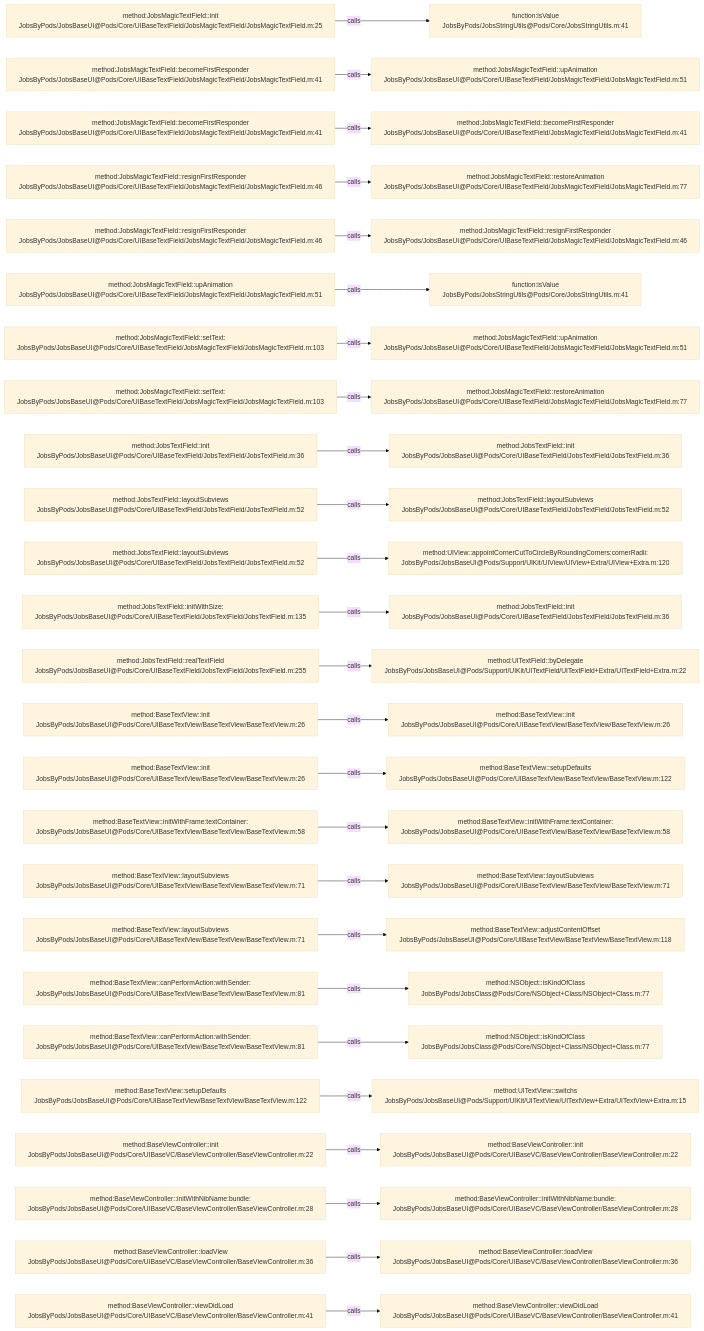
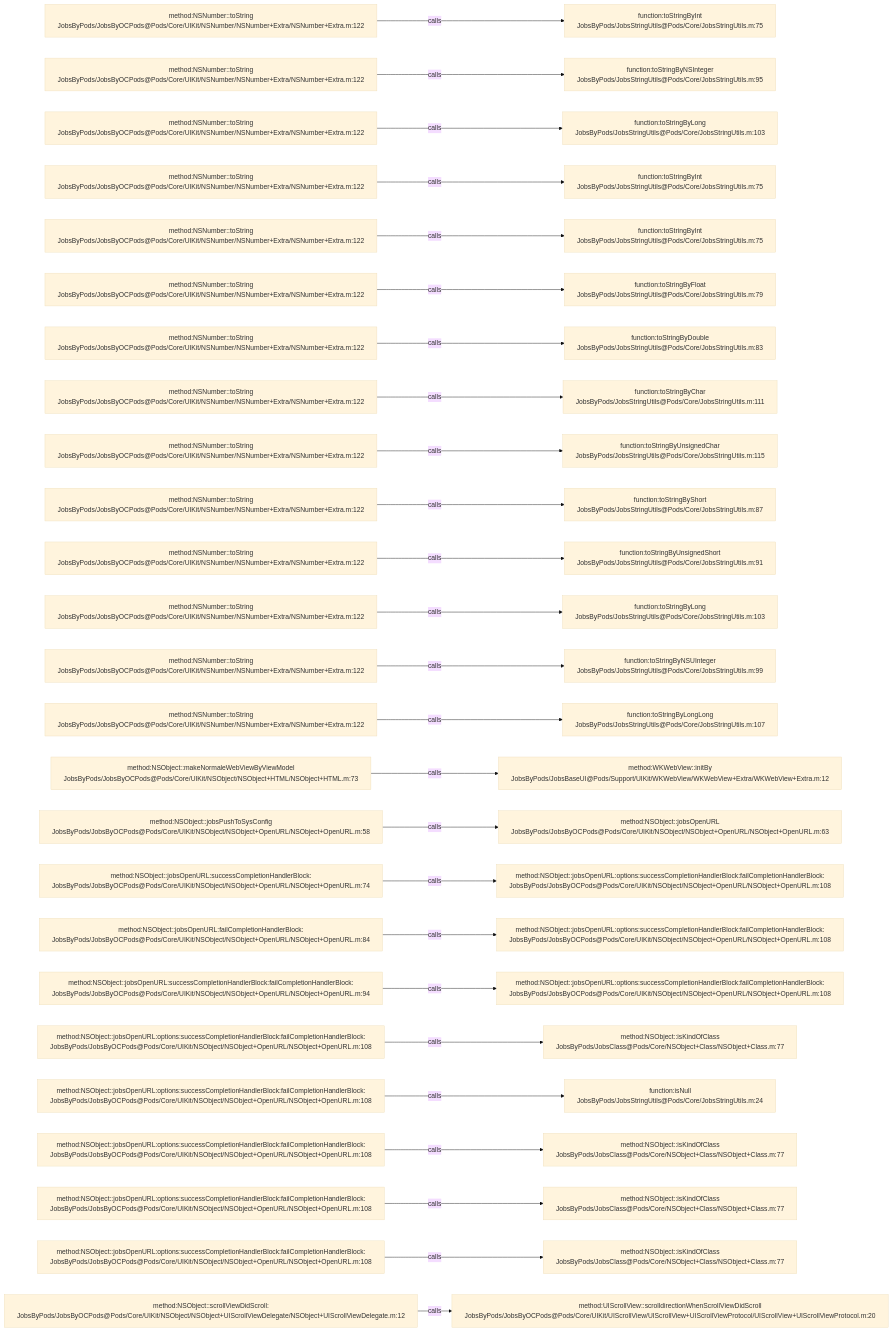
The diagram in .codegraph/codegraph.md/graphs/calls-031.md (JobsKits/JobsOCBaseConfigDemo), drawn with Mermaid (base theme) before and after one commit. The commit also changed 573 other files, not shown here.

````diff
--- a/.codegraph/codegraph.md/graphs/calls-031.md
+++ b/.codegraph/codegraph.md/graphs/calls-031.md
@@ -13,78 +13,78 @@
 ```mermaid
 flowchart LR
-  S1["method:JobsMagicTextField::init<br/>JobsByPods/JobsBaseUI@Pods/Core/UIBaseTextField/JobsMagicTextField/JobsMagicTextField.m:25"]
-  T1["function:isValue<br/>JobsByPods/JobsStringUtils@Pods/Core/JobsStringUtils.m:41"]
+  S1["method:NSNumber::toString<br/>JobsByPods/JobsByOCPods@Pods/Core/UIKit/NSNumber/NSNumber+Extra/NSNumber+Extra.m:122"]
+  T1["function:toStringByInt<br/>JobsByPods/JobsStringUtils@Pods/Core/JobsStringUtils.m:75"]
   S1 -->|calls| T1
-  S2["method:JobsMagicTextField::becomeFirstResponder<br/>JobsByPods/JobsBaseUI@Pods/Core/UIBaseTextField/JobsMagicTextField/JobsMagicTextField.m:41"]
-  T2["method:JobsMagicTextField::upAnimation<br/>JobsByPods/JobsBaseUI@Pods/Core/UIBaseTextField/JobsMagicTextField/JobsMagicTextField.m:51"]
+  S2["method:NSNumber::toString<br/>JobsByPods/JobsByOCPods@Pods/Core/UIKit/NSNumber/NSNumber+Extra/NSNumber+Extra.m:122"]
+  T2["function:toStringByNSInteger<br/>JobsByPods/JobsStringUtils@Pods/Core/JobsStringUtils.m:95"]
   S2 -->|calls| T2
-  S3["method:JobsMagicTextField::becomeFirstResponder<br/>JobsByPods/JobsBaseUI@Pods/Core/UIBaseTextField/JobsMagicTextField/JobsMagicTextField.m:41"]
-  T3["method:JobsMagicTextField::becomeFirstResponder<br/>JobsByPods/JobsBaseUI@Pods/Core/UIBaseTextField/JobsMagicTextField/JobsMagicTextField.m:41"]
+  S3["method:NSNumber::toString<br/>JobsByPods/JobsByOCPods@Pods/Core/UIKit/NSNumber/NSNumber+Extra/NSNumber+Extra.m:122"]
+  T3["function:toStringByLong<br/>JobsByPods/JobsStringUtils@Pods/Core/JobsStringUtils.m:103"]
   S3 -->|calls| T3
-  S4["method:JobsMagicTextField::resignFirstResponder<br/>JobsByPods/JobsBaseUI@Pods/Core/UIBaseTextField/JobsMagicTextField/JobsMagicTextField.m:46"]
-  T4["method:JobsMagicTextField::restoreAnimation<br/>JobsByPods/JobsBaseUI@Pods/Core/UIBaseTextField/JobsMagicTextField/JobsMagicTextField.m:77"]
+  S4["method:NSNumber::toString<br/>JobsByPods/JobsByOCPods@Pods/Core/UIKit/NSNumber/NSNumber+Extra/NSNumber+Extra.m:122"]
+  T4["function:toStringByInt<br/>JobsByPods/JobsStringUtils@Pods/Core/JobsStringUtils.m:75"]
   S4 -->|calls| T4
-  S5["method:JobsMagicTextField::resignFirstResponder<br/>JobsByPods/JobsBaseUI@Pods/Core/UIBaseTextField/JobsMagicTextField/JobsMagicTextField.m:46"]
-  T5["method:JobsMagicTextField::resignFirstResponder<br/>JobsByPods/JobsBaseUI@Pods/Core/UIBaseTextField/JobsMagicTextField/JobsMagicTextField.m:46"]
+  S5["method:NSNumber::toString<br/>JobsByPods/JobsByOCPods@Pods/Core/UIKit/NSNumber/NSNumber+Extra/NSNumber+Extra.m:122"]
+  T5["function:toStringByInt<br/>JobsByPods/JobsStringUtils@Pods/Core/JobsStringUtils.m:75"]
   S5 -->|calls| T5
-  S6["method:JobsMagicTextField::upAnimation<br/>JobsByPods/JobsBaseUI@Pods/Core/UIBaseTextField/JobsMagicTextField/JobsMagicTextField.m:51"]
-  T6["function:isValue<br/>JobsByPods/JobsStringUtils@Pods/Core/JobsStringUtils.m:41"]
+  S6["method:NSNumber::toString<br/>JobsByPods/JobsByOCPods@Pods/Core/UIKit/NSNumber/NSNumber+Extra/NSNumber+Extra.m:122"]
+  T6["function:toStringByFloat<br/>JobsByPods/JobsStringUtils@Pods/Core/JobsStringUtils.m:79"]
   S6 -->|calls| T6
-  S7["method:JobsMagicTextField::setText:<br/>JobsByPods/JobsBaseUI@Pods/Core/UIBaseTextField/JobsMagicTextField/JobsMagicTextField.m:103"]
-  T7["method:JobsMagicTextField::upAnimation<br/>JobsByPods/JobsBaseUI@Pods/Core/UIBaseTextField/JobsMagicTextField/JobsMagicTextField.m:51"]
+  S7["method:NSNumber::toString<br/>JobsByPods/JobsByOCPods@Pods/Core/UIKit/NSNumber/NSNumber+Extra/NSNumber+Extra.m:122"]
+  T7["function:toStringByDouble<br/>JobsByPods/JobsStringUtils@Pods/Core/JobsStringUtils.m:83"]
   S7 -->|calls| T7
-  S8["method:JobsMagicTextField::setText:<br/>JobsByPods/JobsBaseUI@Pods/Core/UIBaseTextField/JobsMagicTextField/JobsMagicTextField.m:103"]
-  T8["method:JobsMagicTextField::restoreAnimation<br/>JobsByPods/JobsBaseUI@Pods/Core/UIBaseTextField/JobsMagicTextField/JobsMagicTextField.m:77"]
+  S8["method:NSNumber::toString<br/>JobsByPods/JobsByOCPods@Pods/Core/UIKit/NSNumber/NSNumber+Extra/NSNumber+Extra.m:122"]
+  T8["function:toStringByChar<br/>JobsByPods/JobsStringUtils@Pods/Core/JobsStringUtils.m:111"]
   S8 -->|calls| T8
-  S9["method:JobsTextField::init<br/>JobsByPods/JobsBaseUI@Pods/Core/UIBaseTextField/JobsTextField/JobsTextField.m:36"]
-  T9["method:JobsTextField::init<br/>JobsByPods/JobsBaseUI@Pods/Core/UIBaseTextField/JobsTextField/JobsTextField.m:36"]
+  S9["method:NSNumber::toString<br/>JobsByPods/JobsByOCPods@Pods/Core/UIKit/NSNumber/NSNumber+Extra/NSNumber+Extra.m:122"]
+  T9["function:toStringByUnsignedChar<br/>JobsByPods/JobsStringUtils@Pods/Core/JobsStringUtils.m:115"]
   S9 -->|calls| T9
-  S10["method:JobsTextField::layoutSubviews<br/>JobsByPods/JobsBaseUI@Pods/Core/UIBaseTextField/JobsTextField/JobsTextField.m:52"]
-  T10["method:JobsTextField::layoutSubviews<br/>JobsByPods/JobsBaseUI@Pods/Core/UIBaseTextField/JobsTextField/JobsTextField.m:52"]
+  S10["method:NSNumber::toString<br/>JobsByPods/JobsByOCPods@Pods/Core/UIKit/NSNumber/NSNumber+Extra/NSNumber+Extra.m:122"]
+  T10["function:toStringByShort<br/>JobsByPods/JobsStringUtils@Pods/Core/JobsStringUtils.m:87"]
   S10 -->|calls| T10
-  S11["method:JobsTextField::layoutSubviews<br/>JobsByPods/JobsBaseUI@Pods/Core/UIBaseTextField/JobsTextField/JobsTextField.m:52"]
-  T11["method:UIView::appointCornerCutToCircleByRoundingCorners:cornerRadii:<br/>JobsByPods/JobsBaseUI@Pods/Support/UIKit/UIView/UIView+Extra/UIView+Extra.m:120"]
+  S11["method:NSNumber::toString<br/>JobsByPods/JobsByOCPods@Pods/Core/UIKit/NSNumber/NSNumber+Extra/NSNumber+Extra.m:122"]
+  T11["function:toStringByUnsignedShort<br/>JobsByPods/JobsStringUtils@Pods/Core/JobsStringUtils.m:91"]
   S11 -->|calls| T11
-  S12["method:JobsTextField::initWithSize:<br/>JobsByPods/JobsBaseUI@Pods/Core/UIBaseTextField/JobsTextField/JobsTextField.m:135"]
-  T12["method:JobsTextField::init<br/>JobsByPods/JobsBaseUI@Pods/Core/UIBaseTextField/JobsTextField/JobsTextField.m:36"]
+  S12["method:NSNumber::toString<br/>JobsByPods/JobsByOCPods@Pods/Core/UIKit/NSNumber/NSNumber+Extra/NSNumber+Extra.m:122"]
+  T12["function:toStringByLong<br/>JobsByPods/JobsStringUtils@Pods/Core/JobsStringUtils.m:103"]
   S12 -->|calls| T12
-  S13["method:JobsTextField::realTextField<br/>JobsByPods/JobsBaseUI@Pods/Core/UIBaseTextField/JobsTextField/JobsTextField.m:255"]
-  T13["method:UITextField::byDelegate<br/>JobsByPods/JobsBaseUI@Pods/Support/UIKit/UITextField/UITextField+Extra/UITextField+Extra.m:22"]
+  S13["method:NSNumber::toString<br/>JobsByPods/JobsByOCPods@Pods/Core/UIKit/NSNumber/NSNumber+Extra/NSNumber+Extra.m:122"]
+  T13["function:toStringByNSUInteger<br/>JobsByPods/JobsStringUtils@Pods/Core/JobsStringUtils.m:99"]
   S13 -->|calls| T13
-  S14["method:BaseTextView::init<br/>JobsByPods/JobsBaseUI@Pods/Core/UIBaseTextView/BaseTextView/BaseTextView.m:26"]
-  T14["method:BaseTextView::init<br/>JobsByPods/JobsBaseUI@Pods/Core/UIBaseTextView/BaseTextView/BaseTextView.m:26"]
+  S14["method:NSNumber::toString<br/>JobsByPods/JobsByOCPods@Pods/Core/UIKit/NSNumber/NSNumber+Extra/NSNumber+Extra.m:122"]
+  T14["function:toStringByLongLong<br/>JobsByPods/JobsStringUtils@Pods/Core/JobsStringUtils.m:107"]
   S14 -->|calls| T14
-  S15["method:BaseTextView::init<br/>JobsByPods/JobsBaseUI@Pods/Core/UIBaseTextView/BaseTextView/BaseTextView.m:26"]
-  T15["method:BaseTextView::setupDefaults<br/>JobsByPods/JobsBaseUI@Pods/Core/UIBaseTextView/BaseTextView/BaseTextView.m:122"]
+  S15["method:NSObject::makeNormaleWebViewByViewModel<br/>JobsByPods/JobsByOCPods@Pods/Core/UIKit/NSObject/NSObject+HTML/NSObject+HTML.m:73"]
+  T15["method:WKWebView::initBy<br/>JobsByPods/JobsBaseUI@Pods/Support/UIKit/WKWebView/WKWebView+Extra/WKWebView+Extra.m:12"]
   S15 -->|calls| T15
-  S16["method:BaseTextView::initWithFrame:textContainer:<br/>JobsByPods/JobsBaseUI@Pods/Core/UIBaseTextView/BaseTextView/BaseTextView.m:58"]
-  T16["method:BaseTextView::initWithFrame:textContainer:<br/>JobsByPods/JobsBaseUI@Pods/Core/UIBaseTextView/BaseTextView/BaseTextView.m:58"]
+  S16["method:NSObject::jobsPushToSysConfig<br/>JobsByPods/JobsByOCPods@Pods/Core/UIKit/NSObject/NSObject+OpenURL/NSObject+OpenURL.m:58"]
+  T16["method:NSObject::jobsOpenURL<br/>JobsByPods/JobsByOCPods@Pods/Core/UIKit/NSObject/NSObject+OpenURL/NSObject+OpenURL.m:63"]
   S16 -->|calls| T16
-  S17["method:BaseTextView::layoutSubviews<br/>JobsByPods/JobsBaseUI@Pods/Core/UIBaseTextView/BaseTextView/BaseTextView.m:71"]
-  T17["method:BaseTextView::layoutSubviews<br/>JobsByPods/JobsBaseUI@Pods/Core/UIBaseTextView/BaseTextView/BaseTextView.m:71"]
+  S17["method:NSObject::jobsOpenURL:successCompletionHandlerBlock:<br/>JobsByPods/JobsByOCPods@Pods/Core/UIKit/NSObject/NSObject+OpenURL/NSObject+OpenURL.m:74"]
+  T17["method:NSObject::jobsOpenURL:options:successCompletionHandlerBlock:failCompletionHandlerBlock:<br/>JobsByPods/JobsByOCPods@Pods/Core/UIKit/NSObject/NSObject+OpenURL/NSObject+OpenURL.m:108"]
   S17 -->|calls| T17
-  S18["method:BaseTextView::layoutSubviews<br/>JobsByPods/JobsBaseUI@Pods/Core/UIBaseTextView/BaseTextView/BaseTextView.m:71"]
-  T18["method:BaseTextView::adjustContentOffset<br/>JobsByPods/JobsBaseUI@Pods/Core/UIBaseTextView/BaseTextView/BaseTextView.m:118"]
+  S18["method:NSObject::jobsOpenURL:failCompletionHandlerBlock:<br/>JobsByPods/JobsByOCPods@Pods/Core/UIKit/NSObject/NSObject+OpenURL/NSObject+OpenURL.m:84"]
+  T18["method:NSObject::jobsOpenURL:options:successCompletionHandlerBlock:failCompletionHandlerBlock:<br/>JobsByPods/JobsByOCPods@Pods/Core/UIKit/NSObject/NSObject+OpenURL/NSObject+OpenURL.m:108"]
   S18 -->|calls| T18
-  S19["method:BaseTextView::canPerformAction:withSender:<br/>JobsByPods/JobsBaseUI@Pods/Core/UIBaseTextView/BaseTextView/BaseTextView.m:81"]
-  T19["method:NSObject::isKindOfClass<br/>JobsByPods/JobsClass@Pods/Core/NSObject+Class/NSObject+Class.m:77"]
+  S19["method:NSObject::jobsOpenURL:successCompletionHandlerBlock:failCompletionHandlerBlock:<br/>JobsByPods/JobsByOCPods@Pods/Core/UIKit/NSObject/NSObject+OpenURL/NSObject+OpenURL.m:94"]
+  T19["method:NSObject::jobsOpenURL:options:successCompletionHandlerBlock:failCompletionHandlerBlock:<br/>JobsByPods/JobsByOCPods@Pods/Core/UIKit/NSObject/NSObject+OpenURL/NSObject+OpenURL.m:108"]
   S19 -->|calls| T19
-  S20["method:BaseTextView::canPerformAction:withSender:<br/>JobsByPods/JobsBaseUI@Pods/Core/UIBaseTextView/BaseTextView/BaseTextView.m:81"]
+  S20["method:NSObject::jobsOpenURL:options:successCompletionHandlerBlock:failCompletionHandlerBlock:<br/>JobsByPods/JobsByOCPods@Pods/Core/UIKit/NSObject/NSObject+OpenURL/NSObject+OpenURL.m:108"]
   T20["method:NSObject::isKindOfClass<br/>JobsByPods/JobsClass@Pods/Core/NSObject+Class/NSObject+Class.m:77"]
   S20 -->|calls| T20
-  S21["method:BaseTextView::setupDefaults<br/>JobsByPods/JobsBaseUI@Pods/Core/UIBaseTextView/BaseTextView/BaseTextView.m:122"]
-  T21["method:UITextView::switchs<br/>JobsByPods/JobsBaseUI@Pods/Support/UIKit/UITextView/UITextView+Extra/UITextView+Extra.m:15"]
+  S21["method:NSObject::jobsOpenURL:options:successCompletionHandlerBlock:failCompletionHandlerBlock:<br/>JobsByPods/JobsByOCPods@Pods/Core/UIKit/NSObject/NSObject+OpenURL/NSObject+OpenURL.m:108"]
+  T21["function:isNull<br/>JobsByPods/JobsStringUtils@Pods/Core/JobsStringUtils.m:24"]
   S21 -->|calls| T21
-  S22["method:BaseViewController::init<br/>JobsByPods/JobsBaseUI@Pods/Core/UIBaseVC/BaseViewController/BaseViewController.m:22"]
-  T22["method:BaseViewController::init<br/>JobsByPods/JobsBaseUI@Pods/Core/UIBaseVC/BaseViewController/BaseViewController.m:22"]
+  S22["method:NSObject::jobsOpenURL:options:successCompletionHandlerBlock:failCompletionHandlerBlock:<br/>JobsByPods/JobsByOCPods@Pods/Core/UIKit/NSObject/NSObject+OpenURL/NSObject+OpenURL.m:108"]
+  T22["method:NSObject::isKindOfClass<br/>JobsByPods/JobsClass@Pods/Core/NSObject+Class/NSObject+Class.m:77"]
   S22 -->|calls| T22
-  S23["method:BaseViewController::initWithNibName:bundle:<br/>JobsByPods/JobsBaseUI@Pods/Core/UIBaseVC/BaseViewController/BaseViewController.m:28"]
-  T23["method:BaseViewController::initWithNibName:bundle:<br/>JobsByPods/JobsBaseUI@Pods/Core/UIBaseVC/BaseViewController/BaseViewController.m:28"]
+  S23["method:NSObject::jobsOpenURL:options:successCompletionHandlerBlock:failCompletionHandlerBlock:<br/>JobsByPods/JobsByOCPods@Pods/Core/UIKit/NSObject/NSObject+OpenURL/NSObject+OpenURL.m:108"]
+  T23["method:NSObject::isKindOfClass<br/>JobsByPods/JobsClass@Pods/Core/NSObject+Class/NSObject+Class.m:77"]
   S23 -->|calls| T23
-  S24["method:BaseViewController::loadView<br/>JobsByPods/JobsBaseUI@Pods/Core/UIBaseVC/BaseViewController/BaseViewController.m:36"]
-  T24["method:BaseViewController::loadView<br/>JobsByPods/JobsBaseUI@Pods/Core/UIBaseVC/BaseViewController/BaseViewController.m:36"]
+  S24["method:NSObject::jobsOpenURL:options:successCompletionHandlerBlock:failCompletionHandlerBlock:<br/>JobsByPods/JobsByOCPods@Pods/Core/UIKit/NSObject/NSObject+OpenURL/NSObject+OpenURL.m:108"]
+  T24["method:NSObject::isKindOfClass<br/>JobsByPods/JobsClass@Pods/Core/NSObject+Class/NSObject+Class.m:77"]
   S24 -->|calls| T24
-  S25["method:BaseViewController::viewDidLoad<br/>JobsByPods/JobsBaseUI@Pods/Core/UIBaseVC/BaseViewController/BaseViewController.m:41"]
-  T25["method:BaseViewController::viewDidLoad<br/>JobsByPods/JobsBaseUI@Pods/Core/UIBaseVC/BaseViewController/BaseViewController.m:41"]
+  S25["method:NSObject::scrollViewDidScroll:<br/>JobsByPods/JobsByOCPods@Pods/Core/UIKit/NSObject/NSObject+UIScrollViewDelegate/NSObject+UIScrollViewDelegate.m:12"]
+  T25["method:UIScrollView::scrolldirectionWhenScrollViewDidScroll<br/>JobsByPods/JobsByOCPods@Pods/Core/UIKit/UIScrollView/UIScrollView+UIScrollViewProtocol/UIScrollView+UIScrollViewProtocol.m:20"]
   S25 -->|calls| T25
 ```
````
